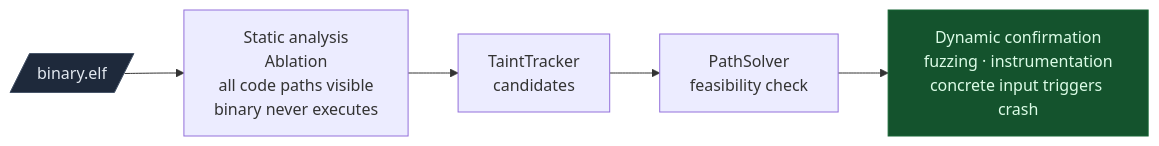
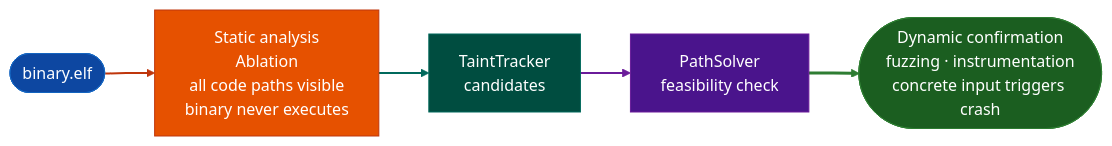
Before and after one commit to Ablation-Tool/ablation: the first of 22 diagrams in docs/overview.md, drawn with Mermaid. The commit also changed other lines of this file and 320 other files, not shown here.

First line of the commit message:
docs: apply canonical Mermaid template to all 321 diagrams

````diff
--- a/docs/overview.md
+++ b/docs/overview.md
@@ -19,10 +19,17 @@
 ```mermaid
 flowchart LR
-    A[/"binary.elf"/] --> B["Static analysis\nAblation\nall code paths visible\nbinary never executes"]
-    B --> C["TaintTracker\ncandidates"]
-    C --> D["PathSolver\nfeasibility check"]
-    D --> E["Dynamic confirmation\nfuzzing · instrumentation\nconcrete input triggers crash"]
-
-    style A fill:#1e293b,stroke:#475569,color:#e2e8f0
-    style E fill:#14532d,stroke:#166534,color:#dcfce7
+    A(["binary.elf"]):::input --> B["Static analysis\nAblation\nall code paths visible\nbinary never executes"]:::primary
+    B:::primary --> C["TaintTracker\ncandidates"]:::secondary
+    C:::secondary --> D["PathSolver\nfeasibility check"]:::tertiary
+    D:::tertiary --> E(["Dynamic confirmation\nfuzzing · instrumentation\nconcrete input triggers crash"]):::output
+    classDef input     fill:#0d47a1,stroke:#1565c0,color:#fff
+    classDef primary   fill:#e65100,stroke:#bf360c,color:#fff
+    classDef secondary fill:#004d40,stroke:#00695c,color:#fff
+    classDef tertiary  fill:#4a148c,stroke:#6a1b9a,color:#fff
+    classDef neutral   fill:#37474f,stroke:#546e7a,color:#fff
+    classDef output    fill:#1b5e20,stroke:#2e7d32,color:#fff
+    linkStyle 0 stroke:#bf360c,stroke-width:2px
+    linkStyle 1 stroke:#00695c,stroke-width:2px
+    linkStyle 2 stroke:#6a1b9a,stroke-width:2px
+    linkStyle 3 stroke:#2e7d32,stroke-width:3px
 ```
````
